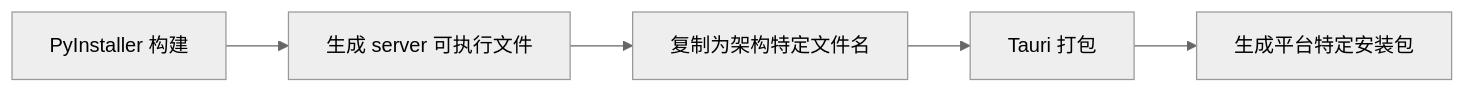
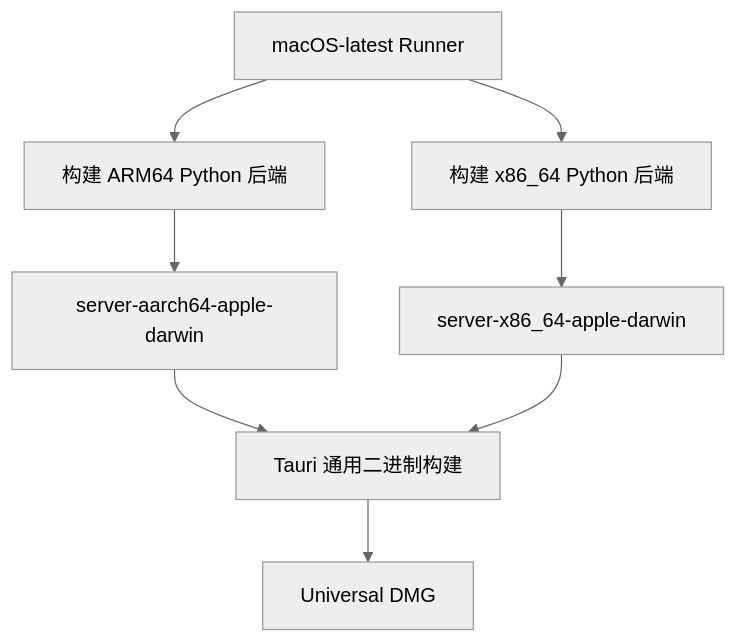
One commit to webdkt/agentmatrix changed the diagram in TAURI_CROSS_COMPILATION.md. Above: the diagram before and after it, drawn with Mermaid (neutral theme). The commit also changed other lines of this file and 2 other files, not shown here.

First line of the commit message:
fix: use macOS cross-compilation and universal binary for Tauri build

````diff
--- a/TAURI_CROSS_COMPILATION.md
+++ b/TAURI_CROSS_COMPILATION.md
@@ -80,7 +105,10 @@
 ```mermaid
-graph LR
-    A[PyInstaller 构建] --> B[生成 server 可执行文件]
-    B --> C[复制为架构特定文件名]
-    C --> D[Tauri 打包]
-    D --> E[生成平台特定安装包]
+graph TD
+    A[macOS-latest Runner] --> B[构建 ARM64 Python 后端]
+    A --> C[构建 x86_64 Python 后端]
+    B --> D[server-aarch64-apple-darwin]
+    C --> E[server-x86_64-apple-darwin]
+    D --> F[Tauri 通用二进制构建]
+    E --> F
+    F --> G[Universal DMG]
 ```
````
